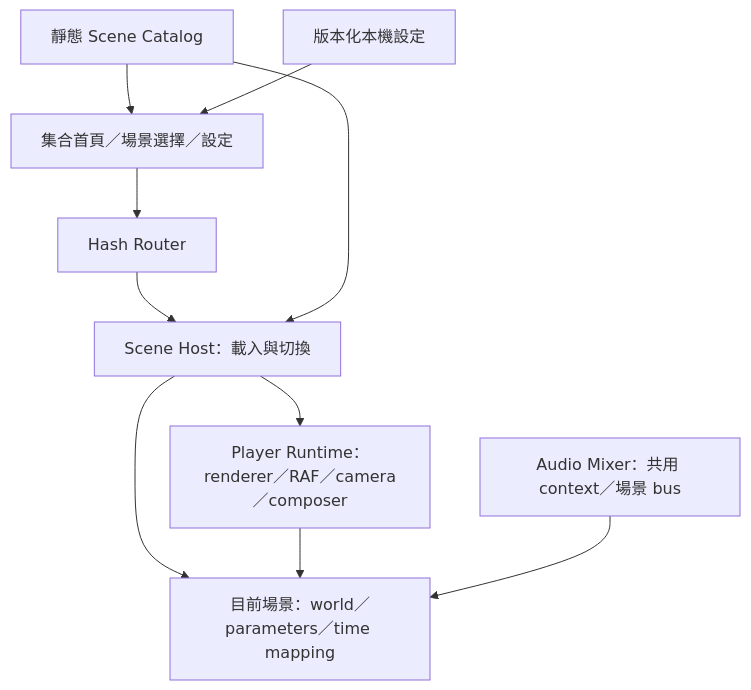
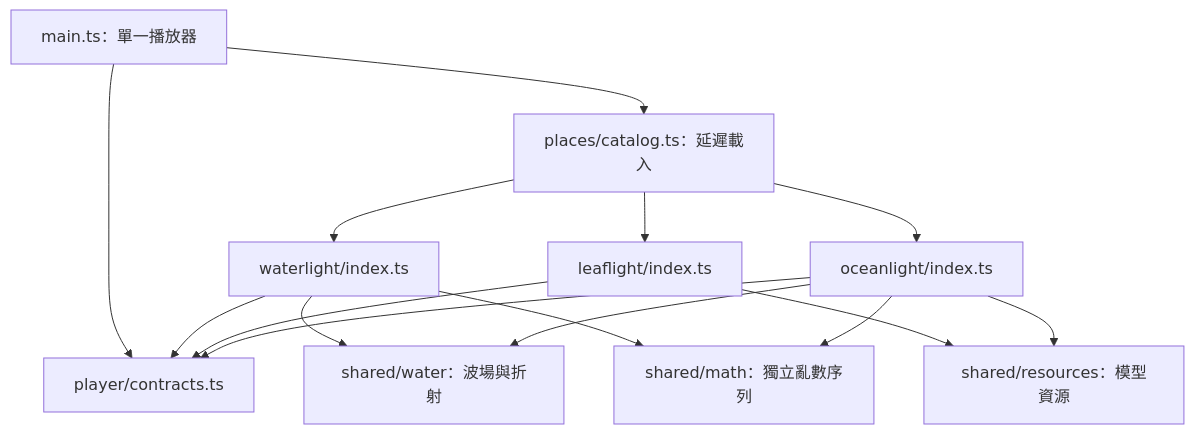
One commit to ianlkl11234s/quiet-places changed the diagram in docs/ARCHITECTURE.md. Above: the diagram before and after it, drawn with Mermaid. The commit also changed other lines of this file and 72 other files, not shown here.

Commit message:
refactor: share scene foundations and integrate completed ocean life

````diff
--- a/docs/ARCHITECTURE.md
+++ b/docs/ARCHITECTURE.md
@@ -16,12 +20,17 @@
 ```mermaid
 flowchart TD
-  Shell[集合首頁／場景選擇／設定] --> Router[Hash Router]
-  Router --> Host[Scene Host：載入與切換]
-  Catalog[靜態 Scene Catalog] --> Shell
-  Catalog --> Host
-  Host --> Runtime[Player Runtime：renderer／RAF／camera／composer]
-  Host --> Place[目前場景：world／parameters／time mapping]
-  Runtime --> Place
-  Audio[Audio Mixer：共用 context／場景 bus] --> Place
-  Prefs[版本化本機設定] --> Shell
+  Player[main.ts：單一播放器] --> Catalog[places/catalog.ts：延遲載入]
+  Catalog --> Water[waterlight/index.ts]
+  Catalog --> Leaf[leaflight/index.ts]
+  Catalog --> Ocean[oceanlight/index.ts]
+  Player --> Contract[player/contracts.ts]
+  Water --> Contract
+  Leaf --> Contract
+  Ocean --> Contract
+  Water --> Optics[shared/water：波場與折射]
+  Ocean --> Optics
+  Leaf --> Resources[shared/resources：模型資源]
+  Ocean --> Resources
+  Water --> Random[shared/math：獨立亂數序列]
+  Ocean --> Random
 ```
````
